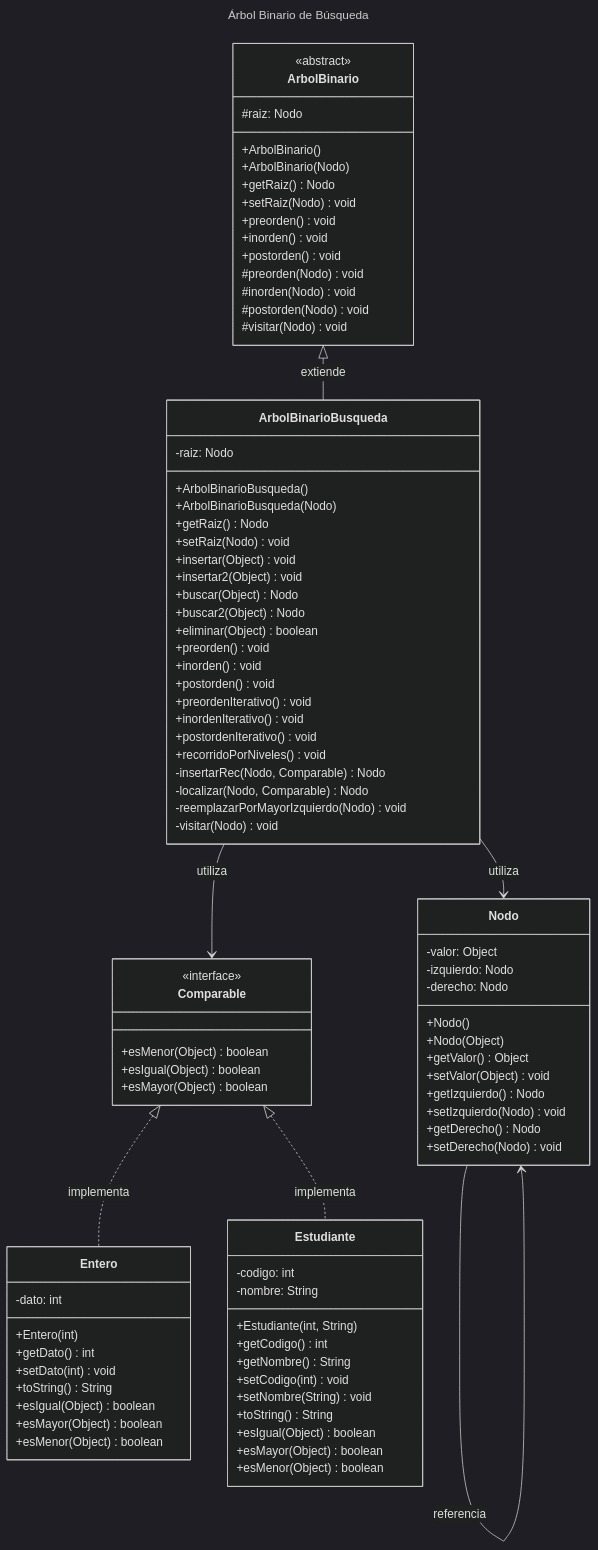
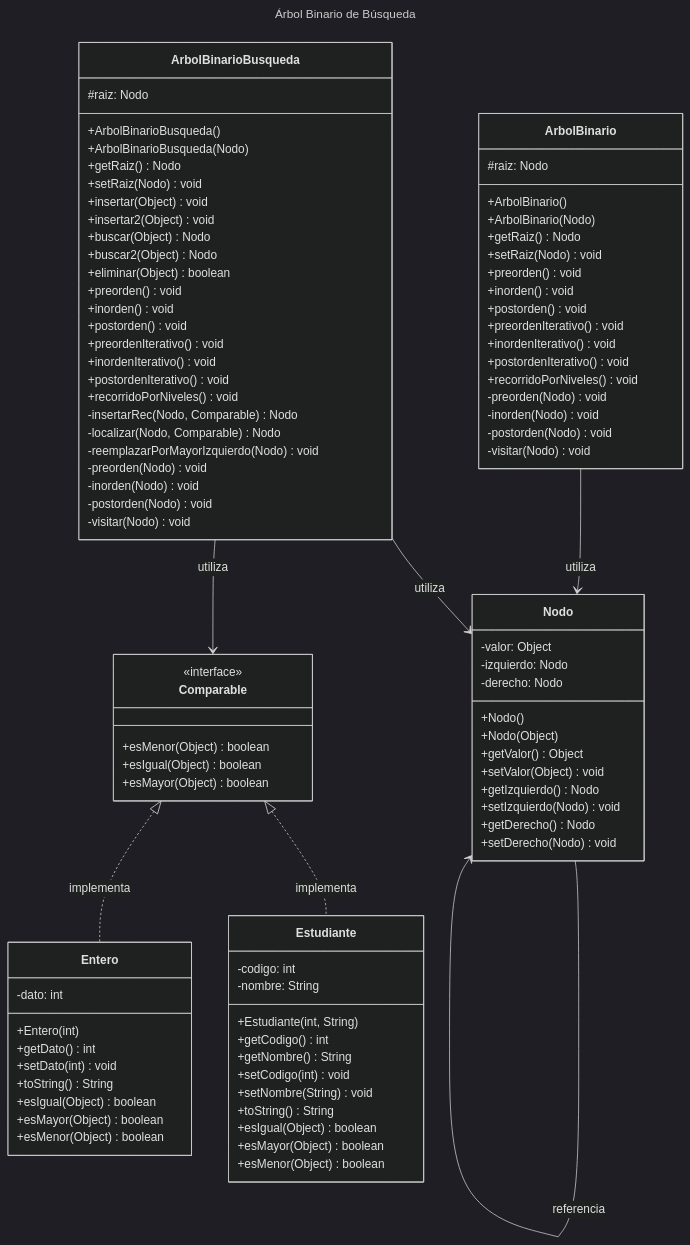
The diagram in README.md (AED1026-EDD-GB-AD26/GHUB.java.ag.unidadIV-LourdesArmenta), drawn with Mermaid (dark theme) before and after one commit. The commit also changed 2 other files, not shown here.

Commit message:
Actualizar diagramas de clases en README.md y mejorar la implementación de ArbolBinarioBusqueda con nuevos métodos de recorrido y validaciones.

````diff
--- a/README.md
+++ b/README.md
@@ -33,7 +33,7 @@
     }
 
     class ArbolBinarioBusqueda {
-        -raiz: Nodo
+        #raiz: Nodo
         +ArbolBinarioBusqueda()
         +ArbolBinarioBusqueda(Nodo)
         +getRaiz() Nodo
@@ -53,6 +53,9 @@
         -insertarRec(Nodo, Comparable) Nodo
         -localizar(Nodo, Comparable) Nodo
         -reemplazarPorMayorIzquierdo(Nodo) void
+        -preorden(Nodo) void
+        -inorden(Nodo) void
+        -postorden(Nodo) void
         -visitar(Nodo) void
     }
 
@@ -82,7 +85,6 @@
     }
 
     class ArbolBinario {
-        <<abstract>>
         #raiz: Nodo
         +ArbolBinario()
         +ArbolBinario(Nodo)
@@ -91,16 +93,20 @@
         +preorden() void
         +inorden() void
         +postorden() void
-        #preorden(Nodo) void
-        #inorden(Nodo) void
-        #postorden(Nodo) void
-        #visitar(Nodo) void
+        +preordenIterativo() void
+        +inordenIterativo() void
+        +postordenIterativo() void
+        +recorridoPorNiveles() void
+        -preorden(Nodo) void
+        -inorden(Nodo) void
+        -postorden(Nodo) void
+        -visitar(Nodo) void
     }
 
     Nodo --> Nodo : referencia
+    ArbolBinario --> Nodo : utiliza
     ArbolBinarioBusqueda --> Nodo : utiliza
     ArbolBinarioBusqueda --> Comparable : utiliza
     Comparable <|.. Entero : implementa
     Comparable <|.. Estudiante : implementa
-    ArbolBinario <|-- ArbolBinarioBusqueda : extiende
 ```
````
